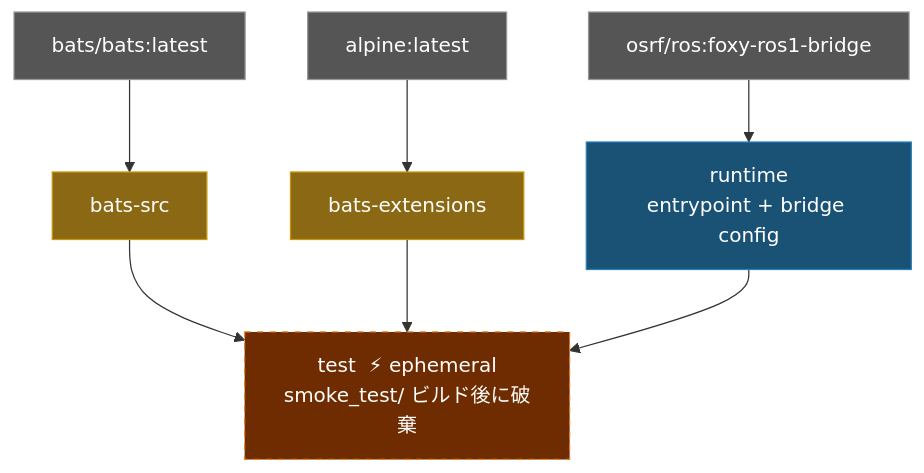
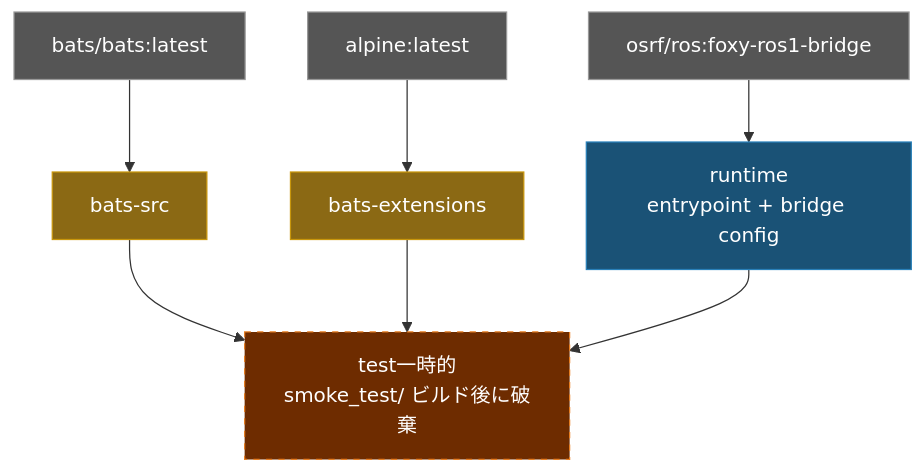
One commit to ycpss91255-docker/ros1_bridge changed the diagram in doc/README.ja.md. Above: the diagram before and after it, drawn with Mermaid. The commit also changed 3 other files, not shown here.

Commit message:
docs: remove ⚡ emoji and translate ephemeral in architecture diagrams

````diff
--- a/doc/README.ja.md
+++ b/doc/README.ja.md
@@ -99,20 +99,20 @@
 ```mermaid
 graph TD
     EXT1["bats/bats:latest"]:::external
     EXT2["alpine:latest"]:::external
     EXT3["osrf/ros:foxy-ros1-bridge"]:::external
 
     EXT1 --> bats-src["bats-src"]:::tool
     EXT2 --> bats-ext["bats-extensions"]:::tool
 
     EXT3 --> runtime["runtime\nentrypoint + bridge config"]:::stage
 
-    bats-src --> test["test  ⚡ ephemeral\nsmoke_test/ ビルド後に破棄"]:::ephemeral
+    bats-src --> test["test一時的\nsmoke_test/ ビルド後に破棄"]:::ephemeral
     bats-ext --> test
     runtime --> test
 
     classDef external fill:#555,color:#fff,stroke:#999
     classDef tool fill:#8B6914,color:#fff,stroke:#c8960c
     classDef stage fill:#1a5276,color:#fff,stroke:#2980b9
     classDef ephemeral fill:#6e2c00,color:#fff,stroke:#e67e22,stroke-dasharray:5 5
 ```
````
